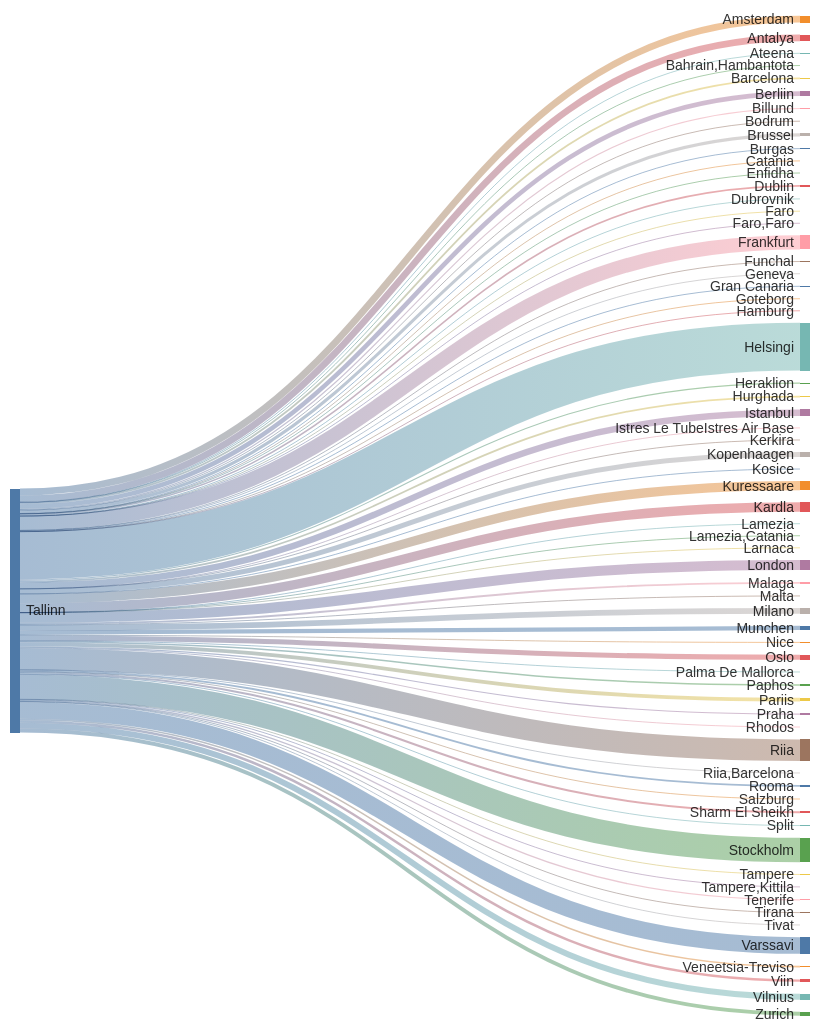
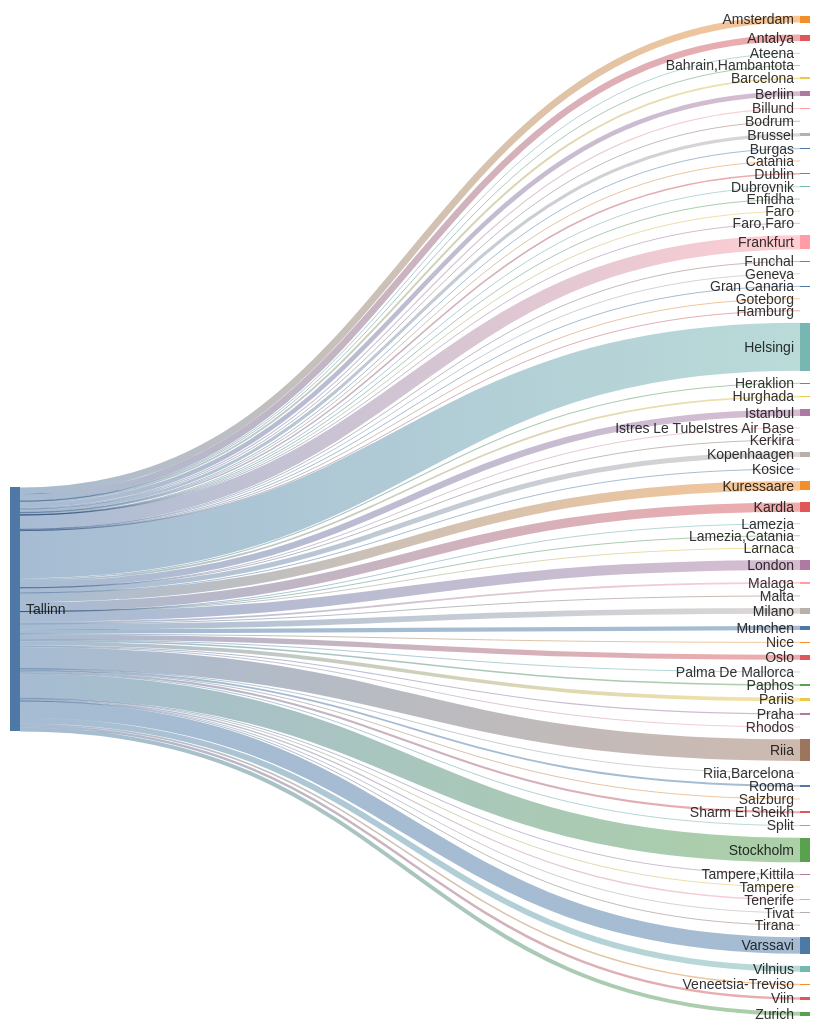
One commit to rainermesi/tll-airport-departures changed the second of 2 diagrams in README.md. Above: the diagram before and after it, drawn with Mermaid. The commit also changed other lines of this file, not shown here.

````diff
--- a/README.md
+++ b/README.md
@@ -34,77 +34,77 @@
 ```mermaid
 ---
 config:
   sankey:
     showValues: false
     width: 800
     height: 1000
 ---
 sankey-beta
 %% source,target,value
-Tallinn,Amsterdam,292
+Tallinn,Amsterdam,293
 Tallinn,Antalya,282
 Tallinn,Ateena,16
 Tallinn,"Bahrain,Hambantota",1
-Tallinn,Barcelona,78
-Tallinn,Berliin,195
+Tallinn,Barcelona,79
+Tallinn,Berliin,197
 Tallinn,Billund,49
 Tallinn,Bodrum,11
-Tallinn,Brussel,130
+Tallinn,Brussel,131
 Tallinn,Burgas,21
 Tallinn,Catania,2
 Tallinn,Dublin,67
 Tallinn,Dubrovnik,21
 Tallinn,Enfidha,7
 Tallinn,Faro,4
 Tallinn,"Faro,Faro",1
-Tallinn,Frankfurt,605
+Tallinn,Frankfurt,608
 Tallinn,Funchal,5
 Tallinn,Geneva,13
-Tallinn,Gran Canaria,37
+Tallinn,Gran Canaria,38
 Tallinn,Goteborg,1
 Tallinn,Hamburg,2
-Tallinn,Helsingi,2040
+Tallinn,Helsingi,2049
 Tallinn,Heraklion,46
 Tallinn,Hurghada,75
-Tallinn,Istanbul,274
+Tallinn,Istanbul,276
 Tallinn,Istres Le TubeIstres Air Base,2
 Tallinn,Kerkira,4
-Tallinn,Kopenhaagen,213
+Tallinn,Kopenhaagen,214
 Tallinn,Kosice,1
-Tallinn,Kuressaare,398
-Tallinn,Kardla,398
+Tallinn,Kuressaare,399
+Tallinn,Kardla,399
 Tallinn,Lamezia,1
 Tallinn,"Lamezia,Catania",3
 Tallinn,Larnaca,4
-Tallinn,London,428
+Tallinn,London,430
 Tallinn,Malaga,79
 Tallinn,Malta,15
-Tallinn,Milano,243
+Tallinn,Milano,244
 Tallinn,Munchen,183
 Tallinn,Nice,25
-Tallinn,Oslo,216
+Tallinn,Oslo,218
 Tallinn,Palma De Mallorca,19
 Tallinn,Paphos,65
-Tallinn,Pariis,161
+Tallinn,Pariis,162
 Tallinn,Praha,49
 Tallinn,Rhodos,32
-Tallinn,Riia,920
+Tallinn,Riia,924
 Tallinn,"Riia,Barcelona",1
-Tallinn,Rooma,79
+Tallinn,Rooma,80
 Tallinn,Salzburg,14
-Tallinn,Sharm El Sheikh,89
+Tallinn,Sharm El Sheikh,90
 Tallinn,Split,25
-Tallinn,Stockholm,1042
+Tallinn,Stockholm,1047
 Tallinn,Tampere,17
 Tallinn,"Tampere,Kittila",21
 Tallinn,Tenerife,57
 Tallinn,Tirana,8
 Tallinn,Tivat,26
-Tallinn,Varssavi,706
-Tallinn,Veneetsia-Treviso,66
+Tallinn,Varssavi,709
+Tallinn,Veneetsia-Treviso,67
 Tallinn,Viin,105
-Tallinn,Vilnius,251
-Tallinn,Zurich,168
+Tallinn,Vilnius,252
+Tallinn,Zurich,169
 
 
 ```
````
